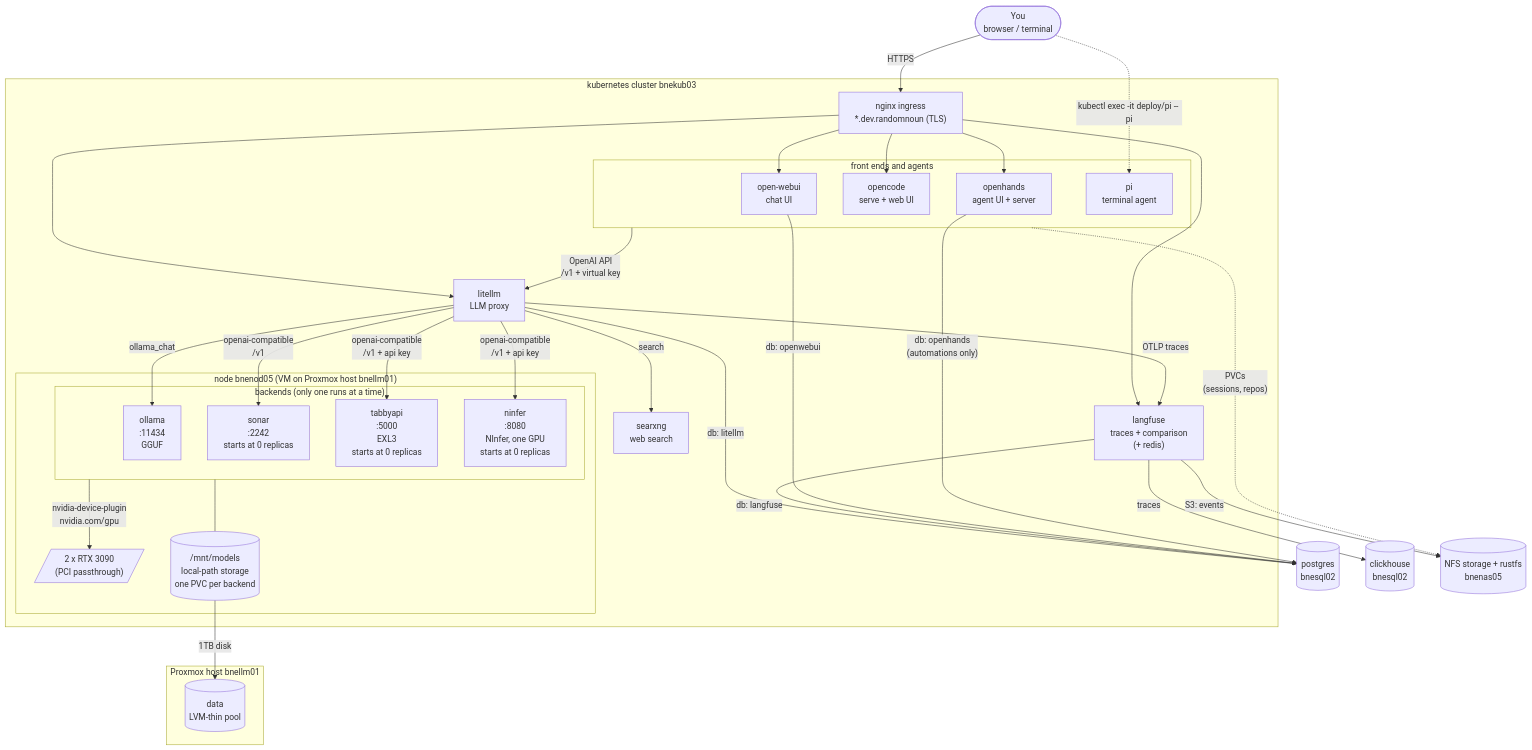
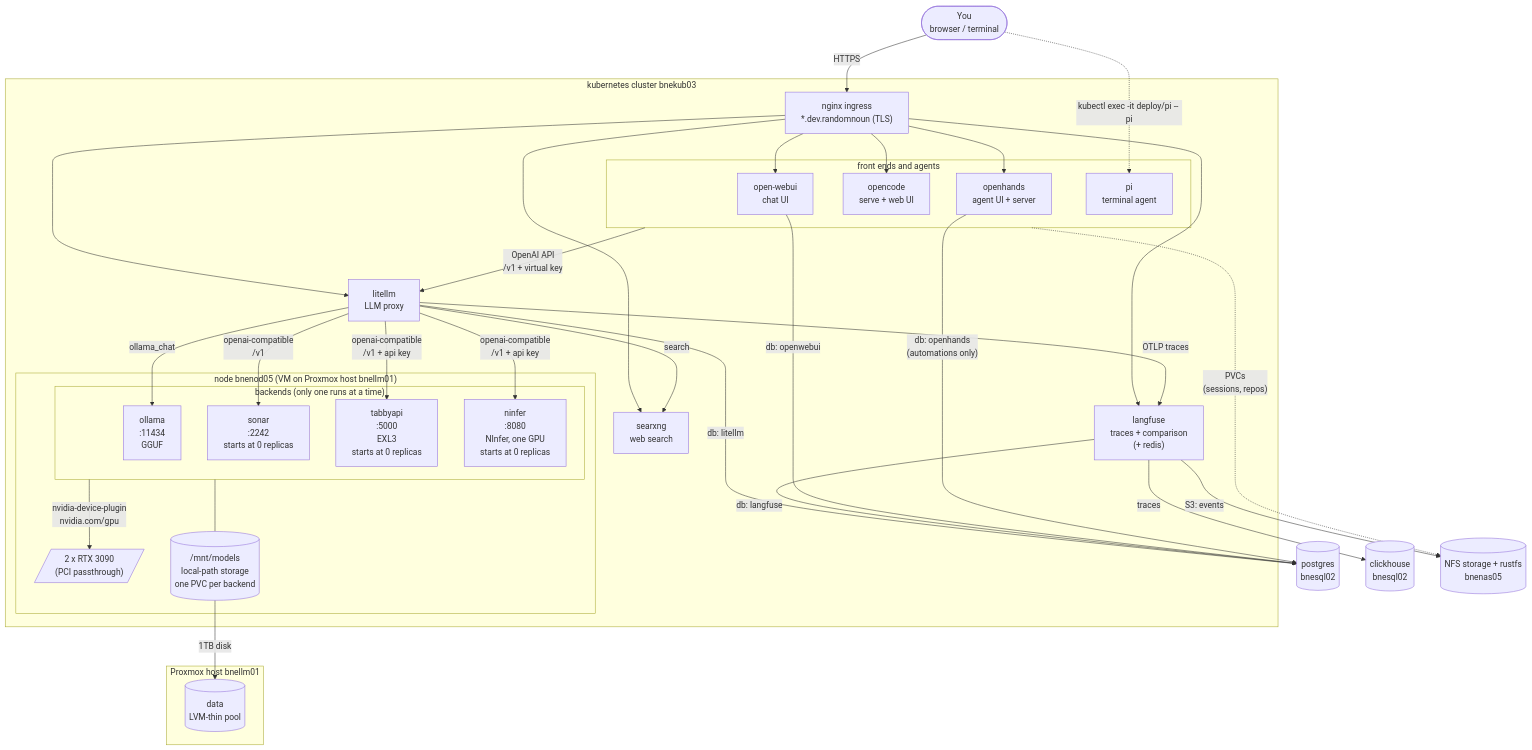
One commit to randomnoun/bookcase-ops changed the diagram in setup/SETUP-LLM-ARCHITECTURE.md. Above: the diagram before and after it, drawn with Mermaid. The commit also changed 5 other files, not shown here.

````diff
--- a/setup/SETUP-LLM-ARCHITECTURE.md
+++ b/setup/SETUP-LLM-ARCHITECTURE.md
@@ -7,67 +7,68 @@
 ```mermaid
 flowchart TB
     user(["You<br/>browser / terminal"])
 
     subgraph k8s ["kubernetes cluster bnekub03"]
         ingress["nginx ingress<br/>*.dev.randomnoun (TLS)"]
 
         subgraph agents ["front ends and agents"]
             openwebui["open-webui<br/>chat UI"]
             opencode["opencode<br/>serve + web UI"]
             openhands["openhands<br/>agent UI + server"]
             pi["pi<br/>terminal agent"]
         end
 
         litellm["litellm<br/>LLM proxy"]
         langfuse["langfuse<br/>traces + comparison<br/>(+ redis)"]
         searxng["searxng<br/>web search"]
 
         subgraph bnenod05 ["node bnenod05 (VM on Proxmox host bnellm01)"]
             subgraph backends ["backends (only one runs at a time)"]
                 ollama["ollama<br/>:11434<br/>GGUF"]
                 sonar["sonar<br/>:2242<br/>starts at 0 replicas"]
                 tabbyapi["tabbyapi<br/>:5000<br/>EXL3<br/>starts at 0 replicas"]
                 ninfer["ninfer<br/>:8080<br/>NInfer, one GPU<br/>starts at 0 replicas"]
             end
             gpus[/"2 x RTX 3090<br/>(PCI passthrough)"/]
             models[("/mnt/models<br/>local-path storage<br/>one PVC per backend")]
         end
     end
 
     subgraph bnellm01 ["Proxmox host bnellm01"]
         thin[("data<br/>LVM-thin pool")]
     end
 
     pg[("postgres<br/>bnesql02")]
     ch[("clickhouse<br/>bnesql02")]
     nfs[("NFS storage + rustfs<br/>bnenas05")]
 
     user -->|HTTPS| ingress
     user -.->|"kubectl exec -it deploy/pi -- pi"| pi
 
     ingress --> openwebui
     ingress --> opencode
     ingress --> openhands
     ingress --> litellm
     ingress --> langfuse
+    ingress --> searxng
 
     agents -->|"OpenAI API<br/>/v1 + virtual key"| litellm
     litellm -->|"ollama_chat"| ollama
     litellm -->|"openai-compatible<br/>/v1"| sonar
     litellm -->|"openai-compatible<br/>/v1 + api key"| tabbyapi
     litellm -->|"openai-compatible<br/>/v1 + api key"| ninfer
     litellm -->|"search"| searxng
     litellm -->|"OTLP traces"| langfuse
     backends -->|"nvidia-device-plugin<br/>nvidia.com/gpu"| gpus
     backends --- models
     models -->|"1TB disk"| thin
 
     litellm -->|"db: litellm"| pg
     langfuse -->|"db: langfuse"| pg
     langfuse -->|"traces"| ch
     langfuse -->|"S3: events"| nfs
     openwebui -->|"db: openwebui"| pg
     openhands -->|"db: openhands<br/>(automations only)"| pg
 
     agents -.->|"PVCs<br/>(sessions, repos)"| nfs
 ```
````
